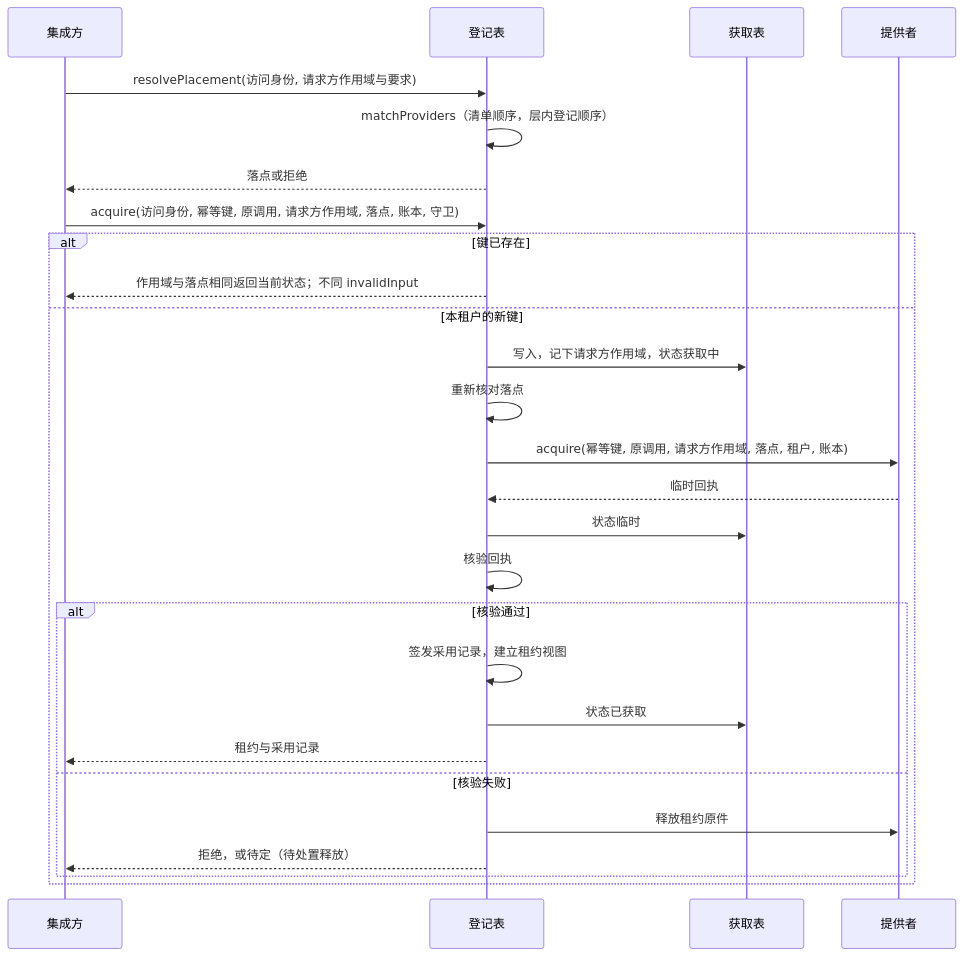
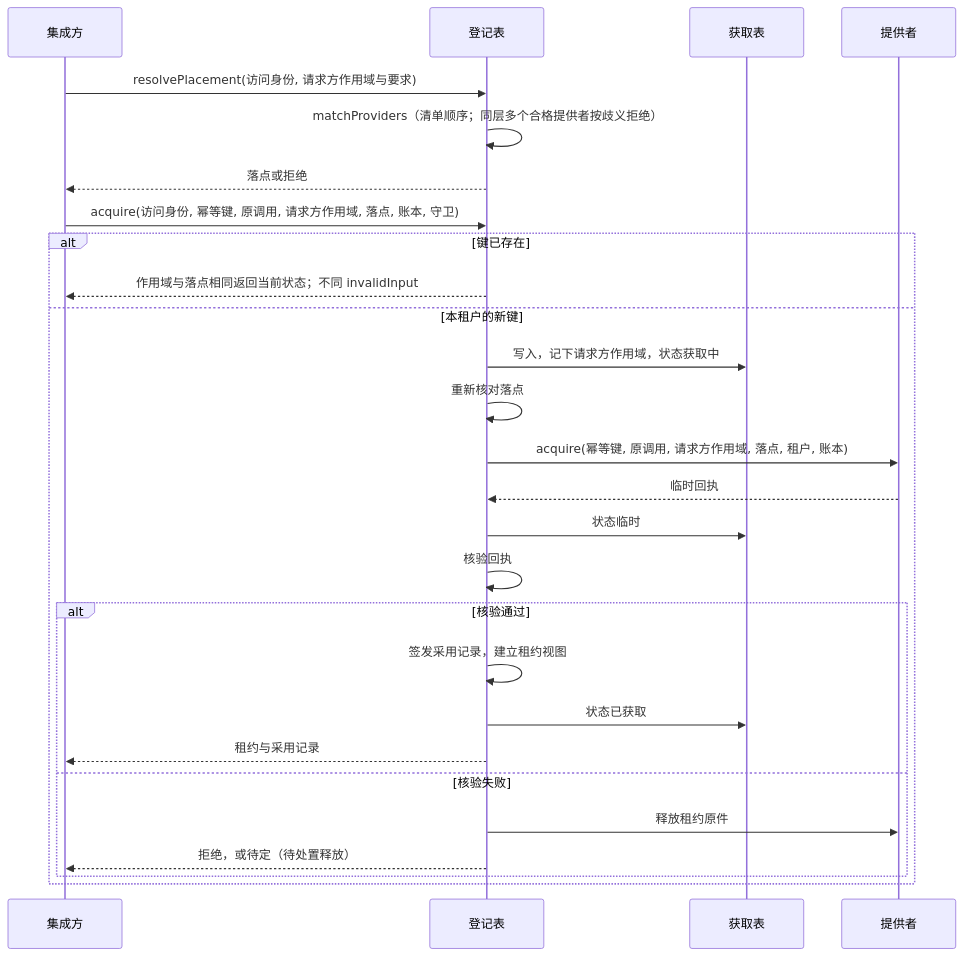
Before and after one commit to nemori-ai/omne-harness-lite: the first of 5 diagrams in packages/execution/execution-environment/docs/flows.md, drawn with Mermaid. The commit also changed other lines of this file and 31 other files, not shown here.

````diff
--- a/packages/execution/execution-environment/docs/flows.md
+++ b/packages/execution/execution-environment/docs/flows.md
@@ -13,29 +13,29 @@
 ```mermaid
 sequenceDiagram
   participant I as 集成方
   participant R as 登记表
   participant T as 获取表
   participant P as 提供者
   I->>R: resolvePlacement(访问身份, 请求方作用域与要求)
-  R->>R: matchProviders（清单顺序，层内登记顺序）
+  R->>R: matchProviders（清单顺序；同层多个合格提供者按歧义拒绝）
   R-->>I: 落点或拒绝
   I->>R: acquire(访问身份, 幂等键, 原调用, 请求方作用域, 落点, 账本, 守卫)
   alt 键已存在
     R-->>I: 作用域与落点相同返回当前状态；不同 invalidInput
   else 本租户的新键
     R->>T: 写入，记下请求方作用域，状态获取中
     R->>R: 重新核对落点
     R->>P: acquire(幂等键, 原调用, 请求方作用域, 落点, 租户, 账本)
     P-->>R: 临时回执
     R->>T: 状态临时
     R->>R: 核验回执
     alt 核验通过
       R->>R: 签发采用记录，建立租约视图
       R->>T: 状态已获取
       R-->>I: 租约与采用记录
     else 核验失败
       R->>P: 释放租约原件
       R-->>I: 拒绝，或待定（待处置释放）
     end
   end
 ```
````
